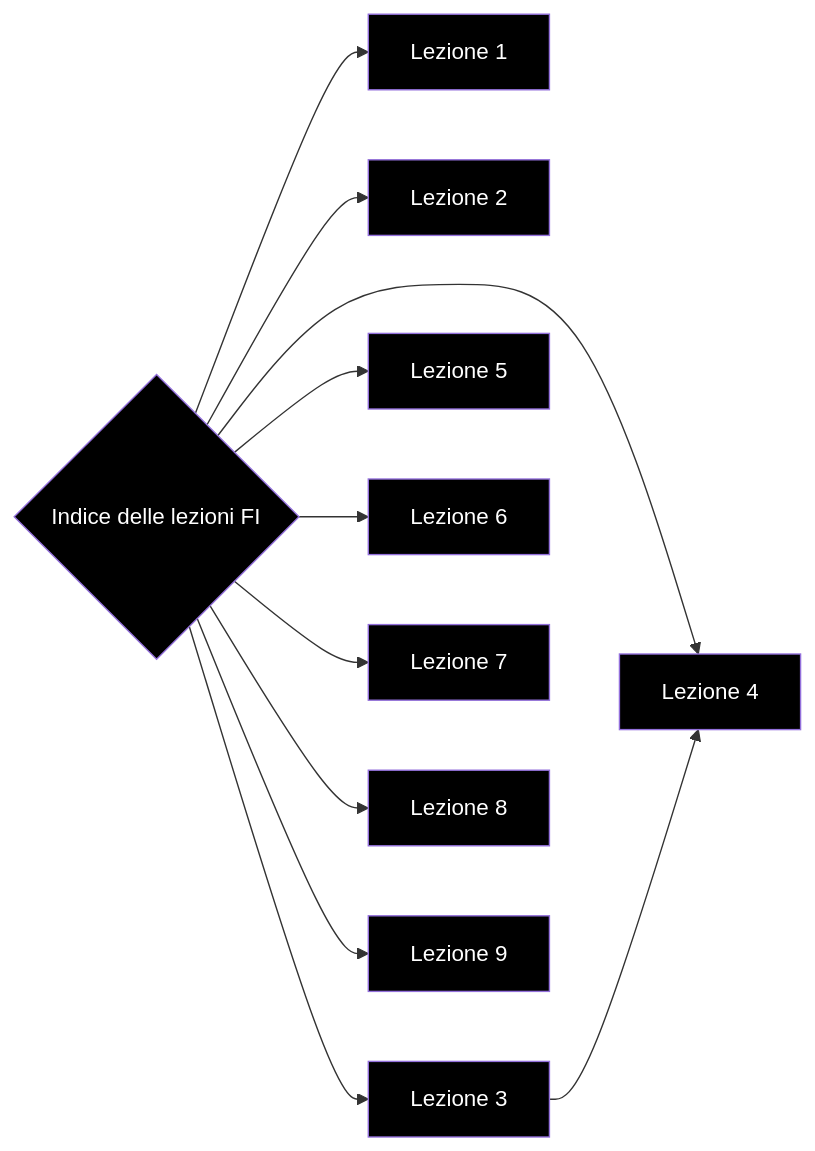
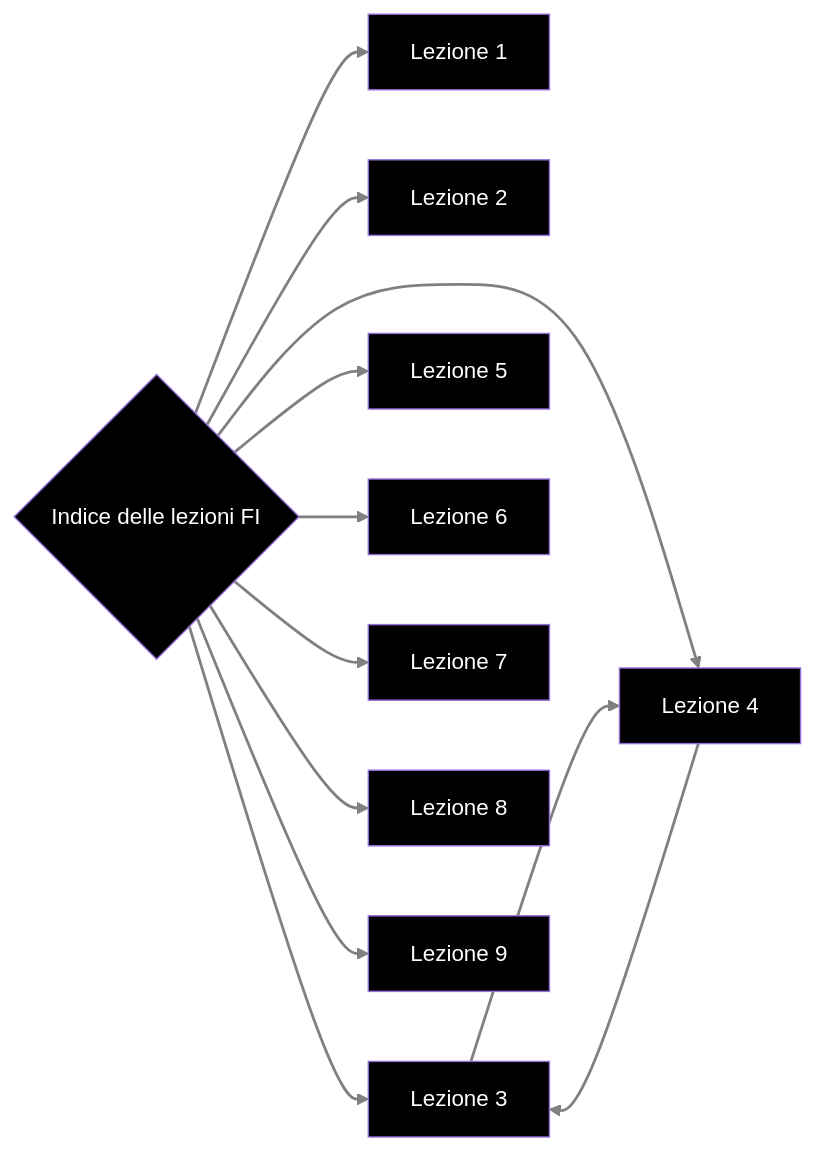
Before and after one commit to francosalvucci14/Appunti-II-anno: the diagram in Appunti FI/MOD I/Indice delle lezioni FI.md, drawn with Mermaid. The commit also changed 3 other files, not shown here.

````diff
--- a/Appunti FI/MOD I/Indice delle lezioni FI.md
+++ b/Appunti FI/MOD I/Indice delle lezioni FI.md
@@ -20,34 +20,29 @@
 ```mermaid
 graph LR
 	A{Indice delle lezioni FI}
 	B[Lezione 1]
 	C[Lezione 2]
 	D[Lezione 3]
 	E[Lezione 4]
 	F[Lezione 5]
 	G[Lezione 6]
 	H[Lezione 7]
 	I[Lezione 8]
 	J[Lezione 9]
 
+	linkStyle default stroke-width:2px,fill:none,stroke:grey,color:red
+	
 	style A fill:black, color:#fff
 	style B fill:black, color:#fff
 	style C fill:black, color:#fff
 	style D fill:black, color:#fff
 	style E fill:black, color:#fff
 	style F fill:black, color:#fff
 	style G fill:black, color:#fff
 	style H fill:black, color:#fff
 	style I fill:black, color:#fff
 	style J fill:black, color:#fff
-	A-->B
-	A-->C
-	A-->D
-	A-->E
-	A-->F
-	A-->G
-	A-->H
-	A-->I
-	A-->J
+	A-->B & C & D & E & F & G & H & I & J
 	D-->E
+	E-->D
 ```
````
